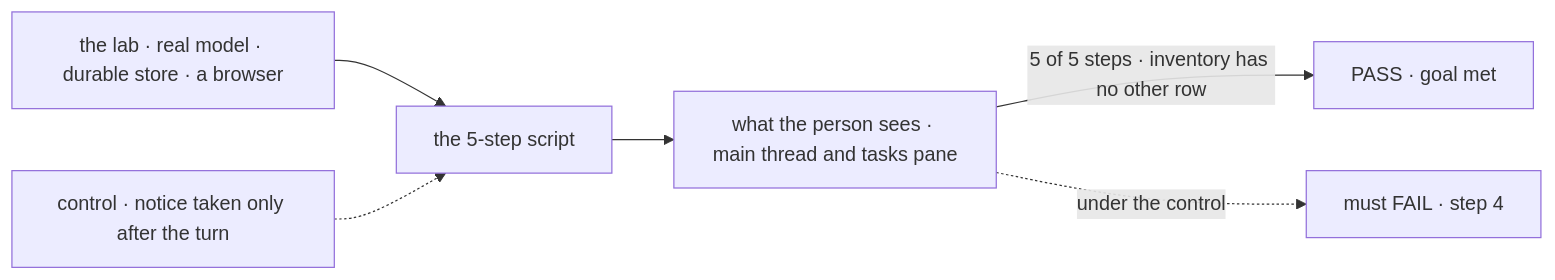
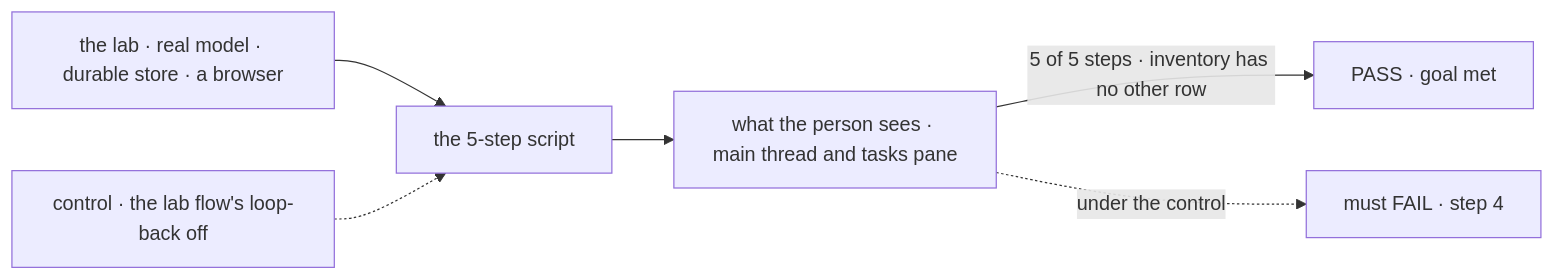
The first of 2 diagrams in specs/issues/FIX-2153/SPEC.md (fixpoint-labs/flow-state-dev), drawn with Mermaid before and after one commit. The commit also changed other lines of this file and 3 other files, not shown here.

````diff
--- a/specs/issues/FIX-2153/SPEC.md
+++ b/specs/issues/FIX-2153/SPEC.md
@@ -33,8 +36,8 @@
 ```mermaid
 flowchart LR
   A["the lab · real model · durable store · a browser"] --> S["the 5-step script"]
   S --> T["what the person sees · main thread and tasks pane"]
   T -->|"5 of 5 steps · inventory has no other row"| P["PASS · goal met"]
-  C["control · notice taken only after the turn"] -.-> S
+  C["control · the lab flow's loop-back off"] -.-> S
   T -.->|"under the control"| F["must FAIL · step 4"]
 ```
````
